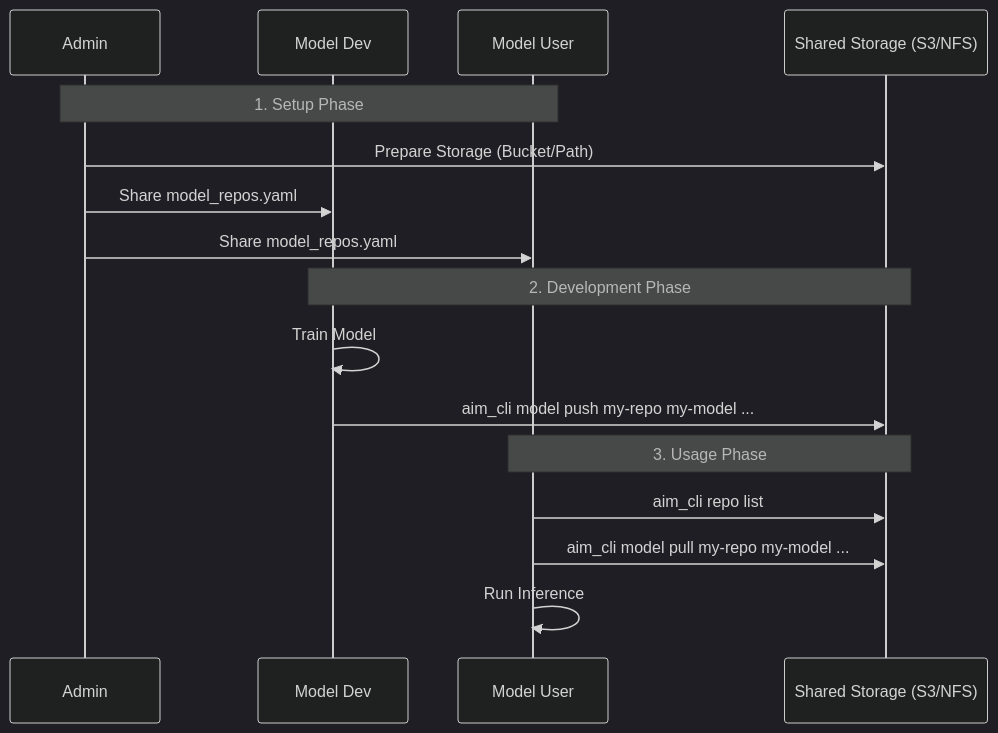
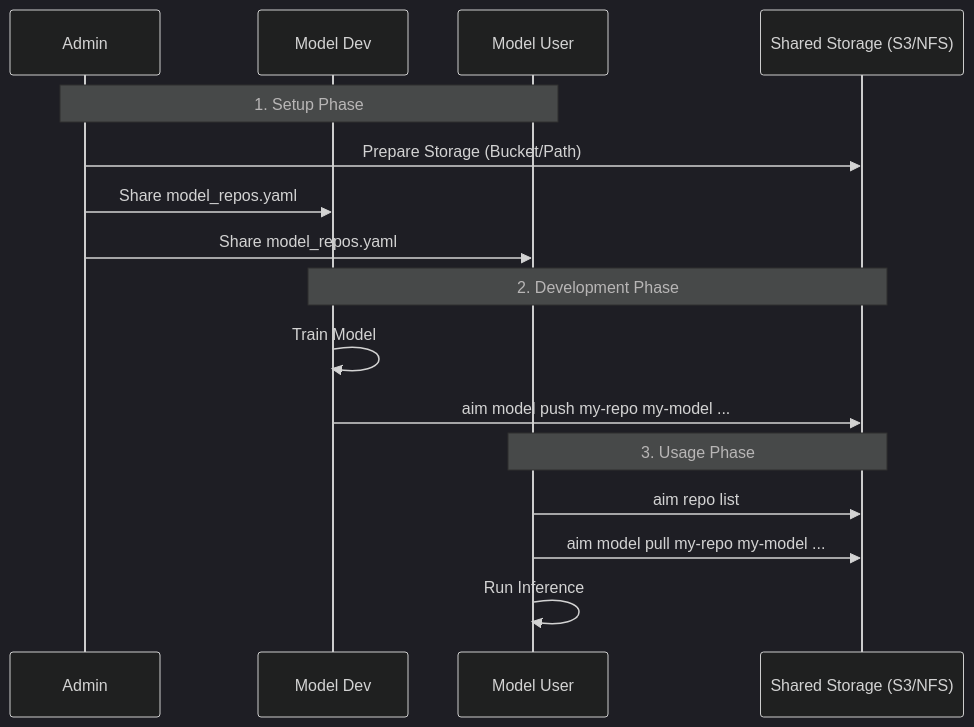
Before and after one commit to KunmyonChoi/aim_cli: the second of 2 diagrams in README.md, drawn with Mermaid (dark theme). The commit also changed other lines of this file and 1 other file, not shown here.

````diff
--- a/README.md
+++ b/README.md
@@ -29,21 +60,21 @@
 ```mermaid
 sequenceDiagram
     participant Admin
     participant Dev as Model Dev
     participant User as Model User
     participant S3 as Shared Storage (S3/NFS)
     
     Note over Admin, User: 1. Setup Phase
     Admin->>S3: Prepare Storage (Bucket/Path)
     Admin->>Dev: Share model_repos.yaml
     Admin->>User: Share model_repos.yaml
     
     Note over Dev, S3: 2. Development Phase
     Dev->>Dev: Train Model
-    Dev->>S3: aim_cli model push my-repo my-model ...
+    Dev->>S3: aim model push my-repo my-model ...
     
     Note over S3, User: 3. Usage Phase
-    User->>S3: aim_cli repo list
-    User->>S3: aim_cli model pull my-repo my-model ...
+    User->>S3: aim repo list
+    User->>S3: aim model pull my-repo my-model ...
     User->>User: Run Inference
 ```
````
